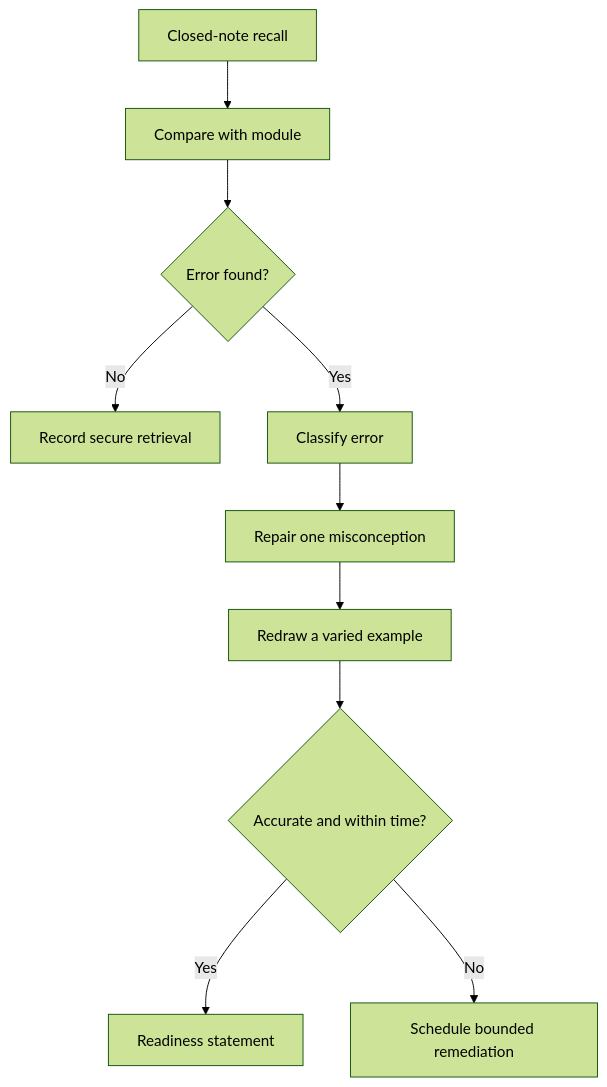
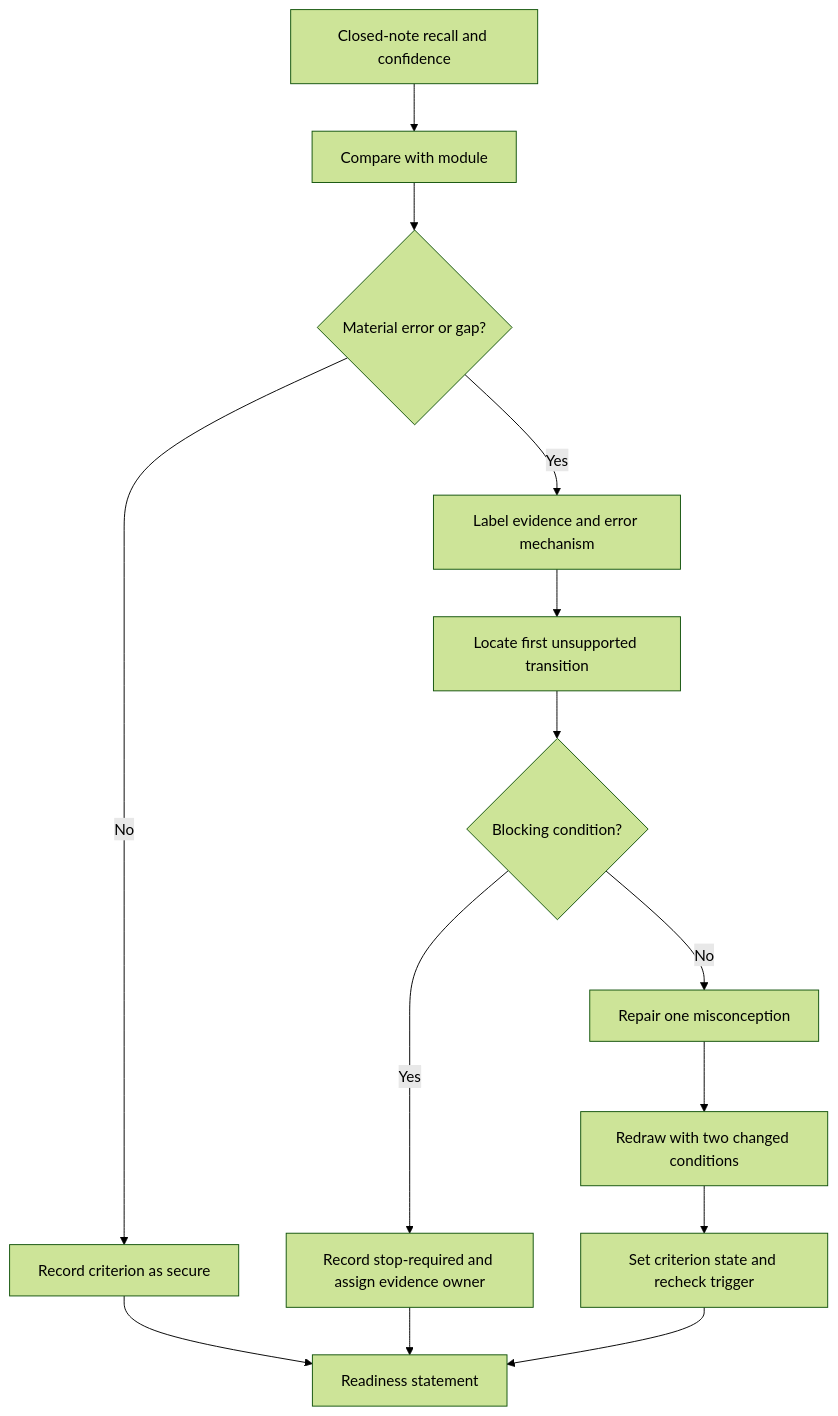
The first of 2 diagrams in docs/learning-plans/12-week/modules/day-19-rest-retrieval-and-diagram-reconstruction.md (andrew3stedall/capstone), drawn with Mermaid (forest theme) before and after one commit. The commit also changed other lines of this file, not shown here.

Commit message:
Improve Day 19 retrieval and diagram reconstruction

````diff
--- a/docs/learning-plans/12-week/modules/day-19-rest-retrieval-and-diagram-reconstruction.md
+++ b/docs/learning-plans/12-week/modules/day-19-rest-retrieval-and-diagram-reconstruction.md
@@ -76,12 +92,16 @@
 ```mermaid
 flowchart TD
-    A["Closed-note recall"] --> B["Compare with module"]
-    B --> C{"Error found?"}
-    C -->|"No"| D["Record secure retrieval"]
-    C -->|"Yes"| E["Classify error"]
-    E --> F["Repair one misconception"]
-    F --> G["Redraw a varied example"]
-    G --> H{"Accurate and within time?"}
-    H -->|"Yes"| I["Readiness statement"]
-    H -->|"No"| J["Schedule bounded remediation"]
+    A["Closed-note recall and confidence"] --> B["Compare with module"]
+    B --> C{"Material error or gap?"}
+    C -->|"No"| D["Record criterion as secure"]
+    C -->|"Yes"| E["Label evidence and error mechanism"]
+    E --> F["Locate first unsupported transition"]
+    F --> G{"Blocking condition?"}
+    G -->|"Yes"| H["Record stop-required and assign evidence owner"]
+    G -->|"No"| I["Repair one misconception"]
+    I --> J["Redraw with two changed conditions"]
+    J --> K["Set criterion state and recheck trigger"]
+    D --> L["Readiness statement"]
+    H --> L
+    K --> L
 ```
````
